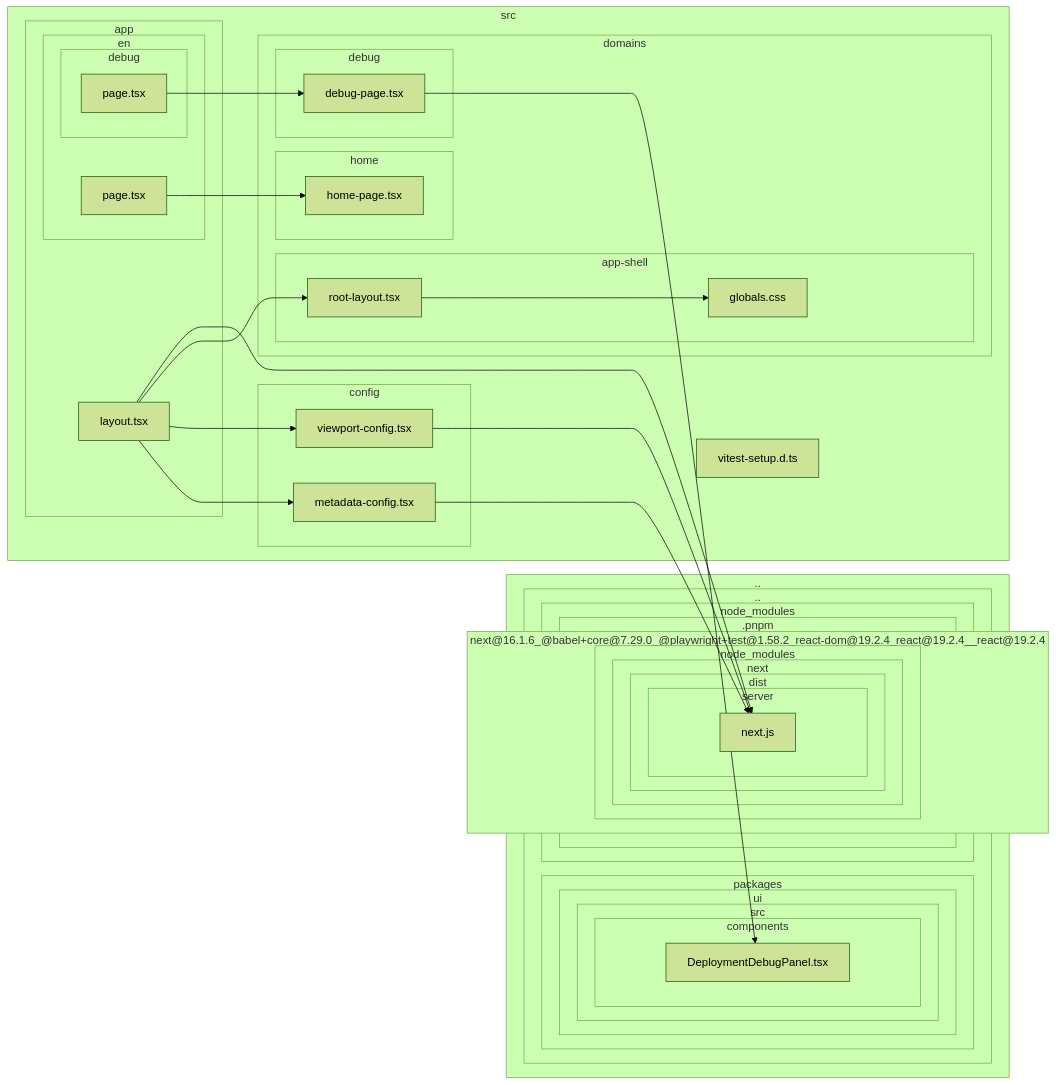
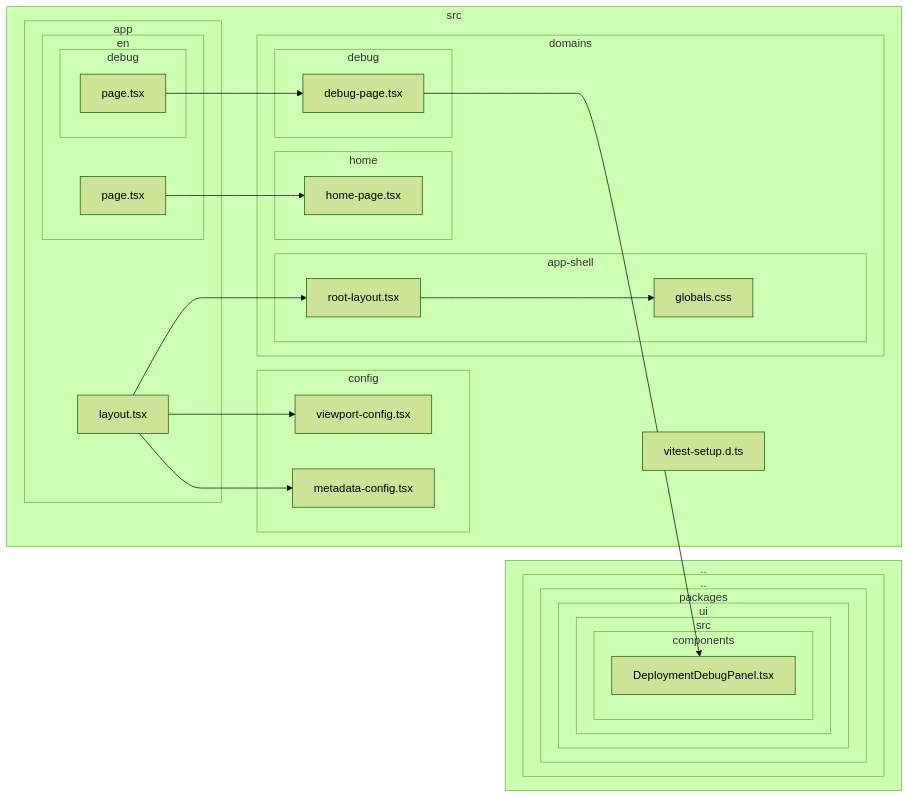
Before and after one commit to kartuli-app/kartuli: the diagram in diagrams/output/diagram-backoffice-client.mmd, drawn with Mermaid (forest theme). The commit also changed 4 other files, not shown here.

Commit message:
chore(diagrams): update dependency-cruiser configuration and regenerate diagrams

```diff
--- a/diagrams/output/diagram-backoffice-client.mmd
+++ b/diagrams/output/diagram-backoffice-client.mmd
@@ -1,68 +1,50 @@
 flowchart LR
 
 subgraph 0["src"]
 subgraph 1["app"]
 subgraph 2["en"]
 subgraph 3["debug"]
 4["page.tsx"]
 end
 F["page.tsx"]
 end
 I["layout.tsx"]
 end
 subgraph 5["domains"]
 subgraph 6["debug"]
 7["debug-page.tsx"]
 end
 subgraph G["home"]
 H["home-page.tsx"]
 end
-subgraph U["app-shell"]
-V["root-layout.tsx"]
-W["globals.css"]
+subgraph M["app-shell"]
+N["root-layout.tsx"]
+O["globals.css"]
 end
 end
-subgraph R["config"]
-S["metadata-config.tsx"]
-T["viewport-config.tsx"]
+subgraph J["config"]
+K["metadata-config.tsx"]
+L["viewport-config.tsx"]
 end
-X["vitest-setup.d.ts"]
+P["vitest-setup.d.ts"]
 end
 subgraph 8[".."]
 subgraph 9[".."]
 subgraph A["packages"]
 subgraph B["ui"]
 subgraph C["src"]
 subgraph D["components"]
 E["DeploymentDebugPanel.tsx"]
 end
 end
 end
 end
-subgraph J["node_modules"]
-subgraph K[".pnpm"]
-subgraph L["next@16.1.6_@babel+core@7.29.0_@playwright+test@1.58.2_react-dom@19.2.4_react@19.2.4__react@19.2.4"]
-subgraph M["node_modules"]
-subgraph N["next"]
-subgraph O["dist"]
-subgraph P["server"]
-Q["next.js"]
-end
-end
-end
-end
-end
-end
-end
 end
 end
 4-->7
 7-->E
 F-->H
-I-->S
-I-->T
-I-->V
-I-->Q
-S-->Q
-T-->Q
-V-->W
+I-->K
+I-->L
+I-->N
+N-->O
```
